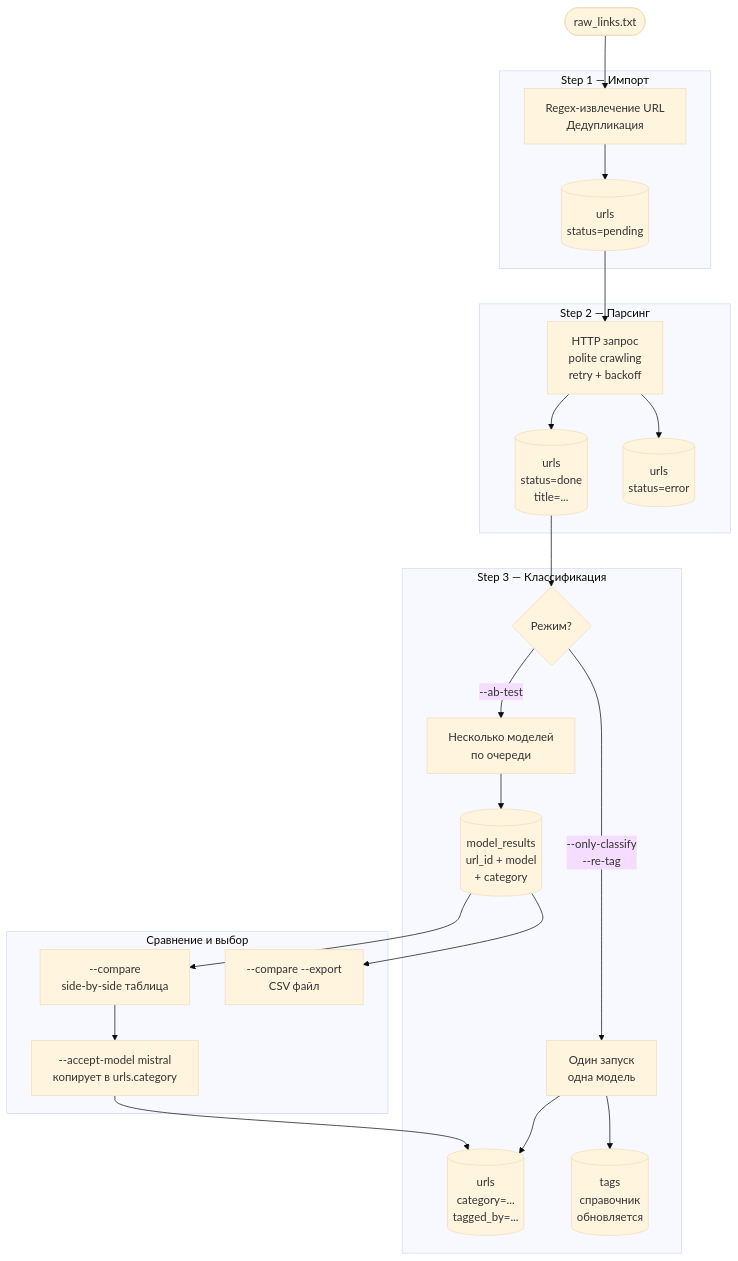
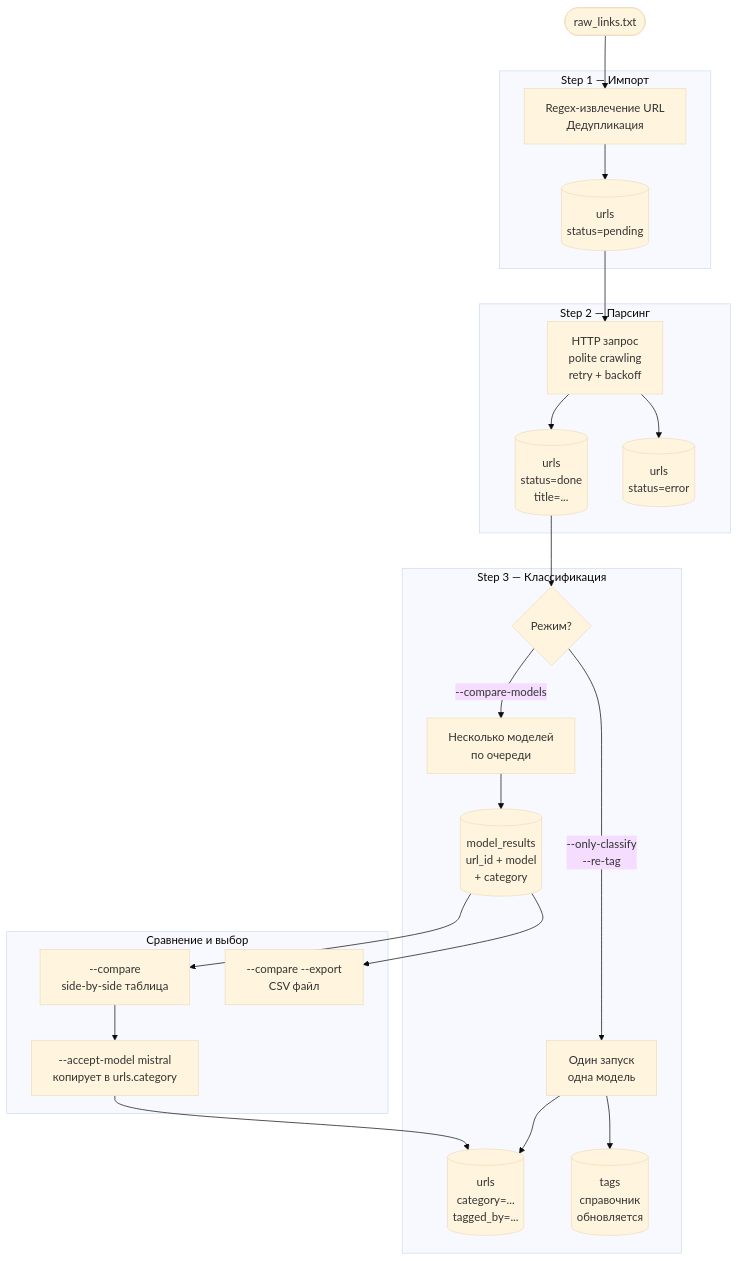
The second of 4 diagrams in docs/models-compare.md (ioncat/web-page-classifier), drawn with Mermaid (base theme) before and after one commit. The commit also changed other lines of this file, not shown here.

First line of the commit message:
Rename A/B testing → model comparison throughout docs

````diff
--- a/docs/models-compare.md
+++ b/docs/models-compare.md
@@ -49,33 +49,33 @@
 ```mermaid
 flowchart TD
     A([raw_links.txt]) --> S1
 
     subgraph step1["Step 1 — Импорт"]
         S1[Regex-извлечение URL\nДедупликация]
         S1 --> DB1[(urls\nstatus=pending)]
     end
 
     subgraph step2["Step 2 — Парсинг"]
         DB1 --> S2[HTTP запрос\npolite crawling\nretry + backoff]
         S2 --> DB2[(urls\nstatus=done\ntitle=...)]
         S2 --> DB2e[(urls\nstatus=error)]
     end
 
     subgraph step3["Step 3 — Классификация"]
         DB2 --> S3{Режим?}
 
         S3 -->|"--only-classify\n--re-tag"| NORM[Один запуск\nодна модель]
         NORM --> DBcat[(urls\ncategory=...\ntagged_by=...)]
         NORM --> DBtags[(tags\nсправочник\nобновляется)]
 
-        S3 -->|"--ab-test"| AB[Несколько моделей\nпо очереди]
-        AB --> DBmr[(model_results\nurl_id + model\n+ category)]
+        S3 -->|"--compare-models"| CM[Несколько моделей\nпо очереди]
+        CM --> DBmr[(model_results\nurl_id + model\n+ category)]
     end
 
     subgraph compare["Сравнение и выбор"]
         DBmr --> CMP["--compare\nside-by-side таблица"]
         DBmr --> EXP["--compare --export\nCSV файл"]
         CMP --> ACC["--accept-model mistral\nкопирует в urls.category"]
         ACC --> DBcat
     end
 ```
````
